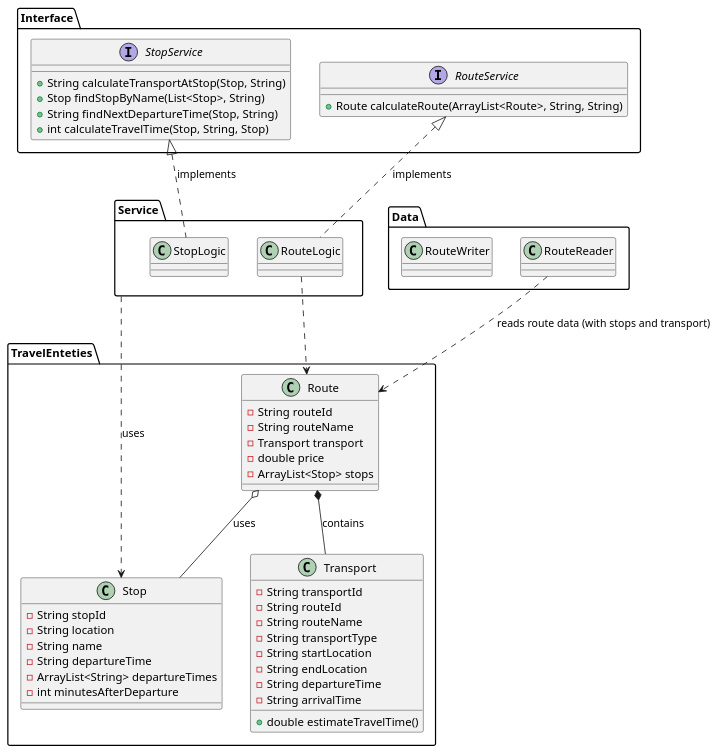
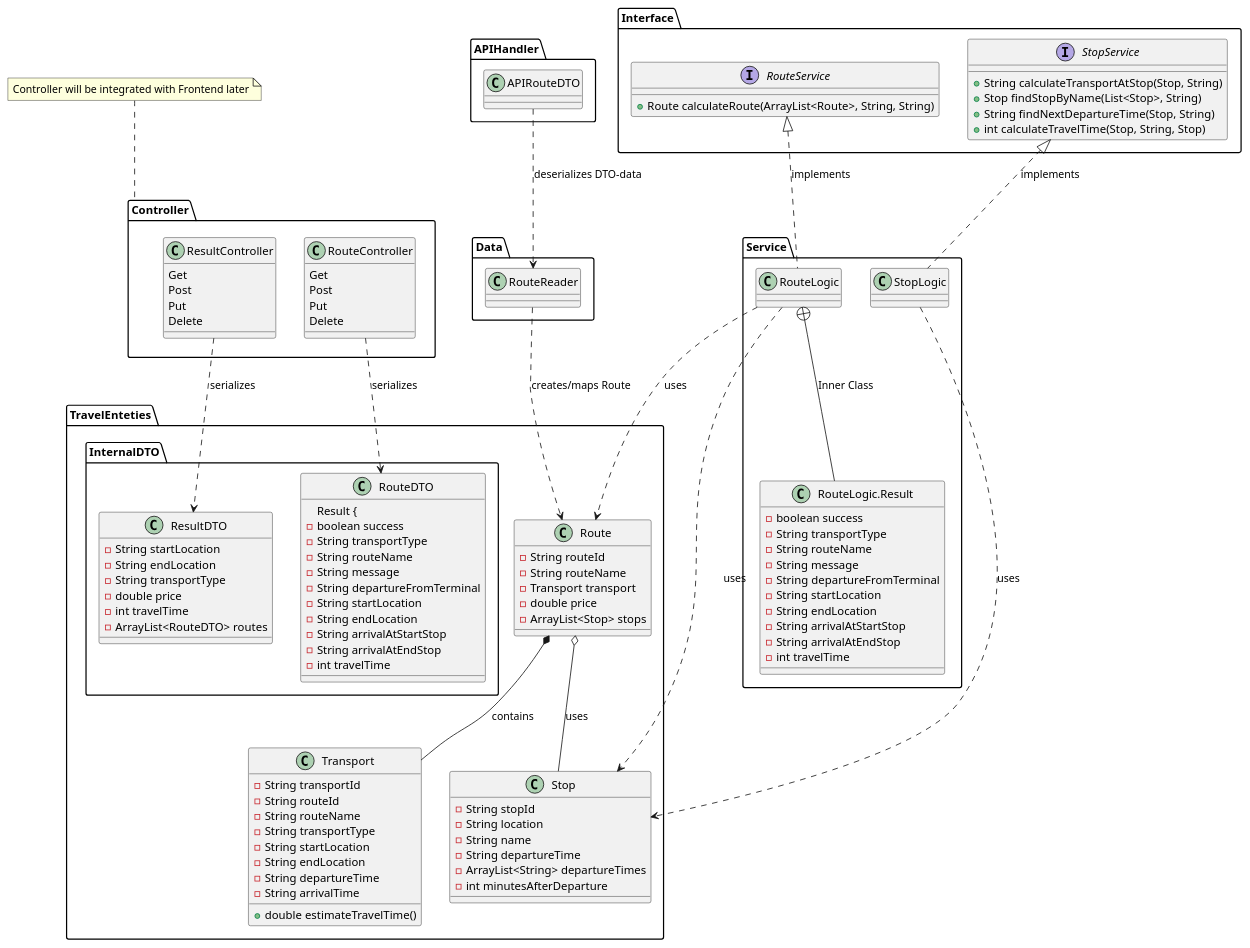
Before and after one commit to Patr1ckTS/SET16_ProsjektEksamen: the diagram in develop/core/routesearch/src/main/resources/Klassediagram.puml, drawn with PlantUML. The commit also changed 16 other files, not shown here.

```diff
--- a/develop/core/routesearch/src/main/resources/Klassediagram.puml
+++ b/develop/core/routesearch/src/main/resources/Klassediagram.puml
@@ -1,69 +1,133 @@
 @startuml KlassediagramMapper
 
 package "Interface" {
     interface StopService {
         + String calculateTransportAtStop(Stop, String)
         + Stop findStopByName(List<Stop>, String)
         + String findNextDepartureTime(Stop, String)
         + int calculateTravelTime(Stop, String, Stop)
     }
     interface RouteService {
         + Route calculateRoute(ArrayList<Route>, String, String)
     }
 }
 
 package "Service" {
-    class StopLogic 
-    class RouteLogic 
+    class StopLogic {}
+    class RouteLogic {}
+    class "RouteLogic.Result" as Result {
+        - boolean success
+        - String transportType
+        - String routeName
+        - String message
+        - String departureFromTerminal
+        - String startLocation
+        - String endLocation
+        - String arrivalAtStartStop
+        - String arrivalAtEndStop
+        - int travelTime
+    }
+
+    RouteLogic +-- Result : Inner Class
+
 }
 
 package "TravelEnteties" {
     class Stop {
         - String stopId
         - String location
         - String name
         - String departureTime
         - ArrayList<String> departureTimes
         - int minutesAfterDeparture
     }
     class Route {
         - String routeId
         - String routeName
         - Transport transport
         - double price
         - ArrayList<Stop> stops
     }
     class Transport {
         - String transportId
         - String routeId
         - String routeName
         - String transportType
         - String startLocation
         - String endLocation
         - String departureTime
         - String arrivalTime
         + double estimateTravelTime()
     }
+
+    package InternalDTO {
+        class RouteDTO {
+            Result {
+                - boolean success
+                - String transportType
+                - String routeName
+                - String message
+                - String departureFromTerminal
+                - String startLocation
+                - String endLocation
+                - String arrivalAtStartStop
+                - String arrivalAtEndStop
+                - int travelTime
+            }
+        class ResultDTO {
+            - String startLocation
+            - String endLocation
+            - String transportType
+            - double price
+            - int travelTime
+            - ArrayList<RouteDTO> routes
+        }
+    }
 }
 
+package "Controller" {
+    class RouteController {
+        Get
+        Post
+        Put
+        Delete 
+    }
+
+    class ResultController {
+        Get
+        Post
+        Put
+        Delete
+    }
+
+}
+    note top of Controller
+        Controller will be integrated with Frontend later
+    end note
 
 package "Data" {
-        class RouteReader
-        class RouteWriter
+    class RouteReader
 }
 
+package "APIHandler" {
+    class APIRouteDTO
+}
 
-
-' Relasjoner
 Interface.StopService <|.. Service.StopLogic : implements
 Interface.RouteService <|.. Service.RouteLogic : implements
 
-Service ..> TravelEnteties.Stop : uses
-Service.RouteLogic ..> TravelEnteties.Route
+Service.RouteLogic ..> TravelEnteties.Stop : uses
+Service.RouteLogic ..> TravelEnteties.Route : uses
+Service.StopLogic ..> TravelEnteties.Stop : uses
 
-Data.RouteReader ..> TravelEnteties.Route : "reads route data (with stops and transport)"
+APIHandler.APIRouteDTO ..> Data.RouteReader : deserializes DTO-data 
+Data.RouteReader ..> TravelEnteties.Route : creates/maps Route
 
 TravelEnteties.Route *-- TravelEnteties.Transport : contains
 TravelEnteties.Route o-- TravelEnteties.Stop : uses
 
+Controller.RouteController ..> TravelEnteties.InternalDTO.RouteDTO : serializes
+
+Controller.ResultController ..> TravelEnteties.InternalDTO.ResultDTO : serializes
+
 @enduml
```
